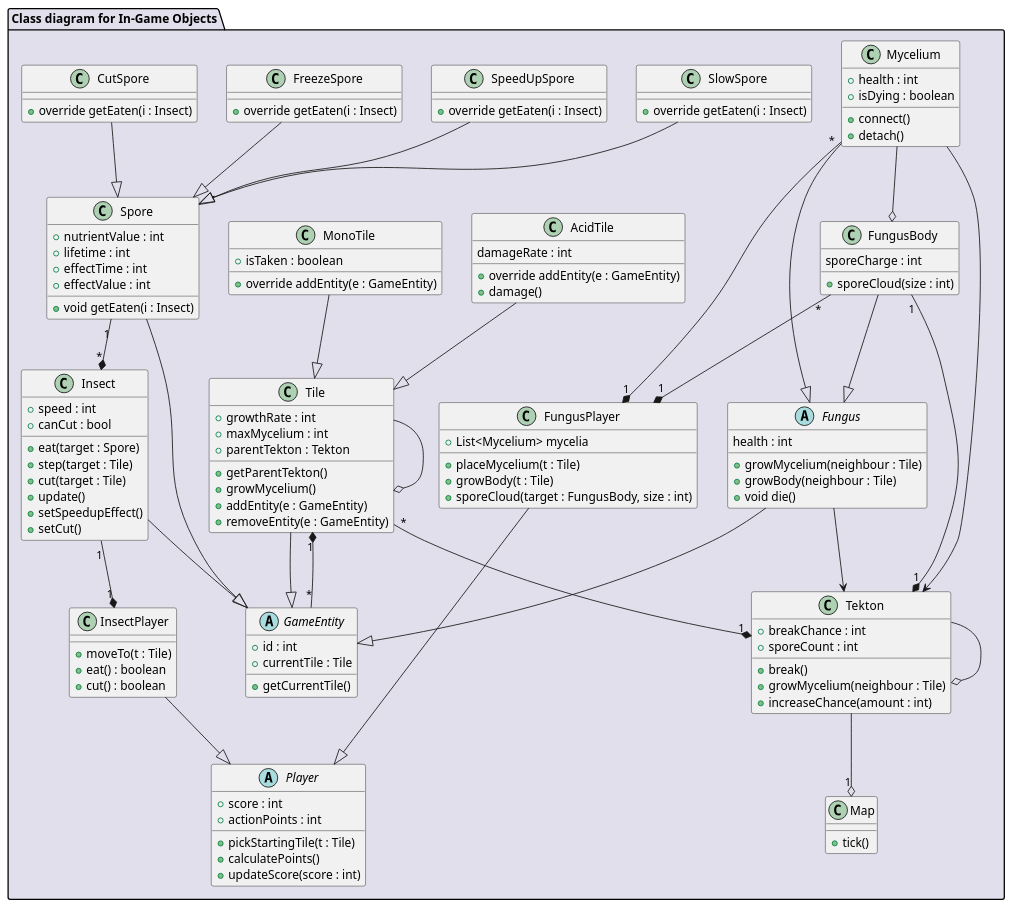
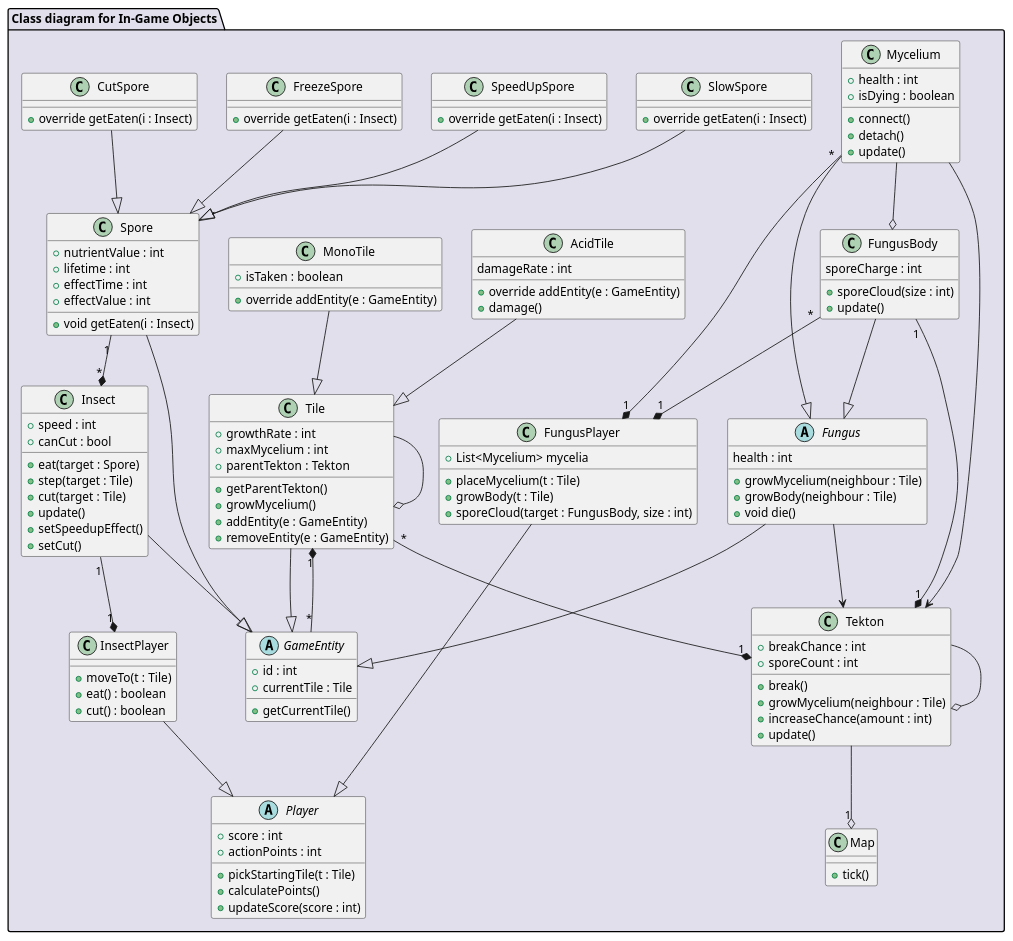
Before and after one commit to Harcipan/Projlab_nullpointerexception: the diagram in diagrams/diagramFiles/CD_InGameObjects.puml, drawn with PlantUML. The commit also changed 4 other files, not shown here.

```diff
--- a/diagrams/diagramFiles/CD_InGameObjects.puml
+++ b/diagrams/diagramFiles/CD_InGameObjects.puml
@@ -1,160 +1,163 @@
 @startuml CD_InGameObjects
 
 package "Class diagram for In-Game Objects" #E1DFEB {
     
     'world elements'
 
     class Map {
         + tick()
     }
 
     class Tekton {
         + breakChance : int
         + sporeCount : int
         + break()
         + growMycelium(neighbour : Tile)
         + increaseChance(amount : int)
+        + update()
     }
 
     class Tile {
         + growthRate : int
         + maxMycelium : int
         + parentTekton : Tekton
         + getParentTekton()
         +growMycelium()
         + addEntity(e : GameEntity)
         + removeEntity(e : GameEntity)
     }
 
     class MonoTile {
         + isTaken : boolean
         + override addEntity(e : GameEntity)
     }
 
     class AcidTile {
         damageRate : int
         + override addEntity(e : GameEntity)
         + damage()
     }
     'interactive elements'
 
     abstract class GameEntity {
         + id : int
         + currentTile : Tile
         + getCurrentTile()
     }
 
     class Mycelium {
         + health : int
         + isDying : boolean
         + connect()
         + detach()
+        +update()
     }
 
     class Spore {
         + nutrientValue : int
         + lifetime : int
         + effectTime : int
         + effectValue : int
         + void getEaten(i : Insect)
     }
 
     class SlowSpore {
         + override getEaten(i : Insect)
     }
 
     class SpeedUpSpore {
         + override getEaten(i : Insect)
     }
 
     class FreezeSpore {
         + override getEaten(i : Insect)
     }
 
     class CutSpore {
         + override getEaten(i : Insect)
     }
 
     'playable elements'
 
     abstract class Player {
         + score : int
         + actionPoints : int
         + pickStartingTile(t : Tile)
         + calculatePoints()
         + updateScore(score : int)
     }
 
 
     class FungusPlayer {
         + List<Mycelium> mycelia
         + placeMycelium(t : Tile)
         + growBody(t : Tile)
         + sporeCloud(target : FungusBody, size : int)
     }
 
     abstract class Fungus {
         health : int
         + growMycelium(neighbour : Tile)
         + growBody(neighbour : Tile)
         + void die()
     }
 
     class FungusBody {
         sporeCharge : int
         + sporeCloud(size : int)
+        + update()
     }
     
     class InsectPlayer {
         + moveTo(t : Tile)
         + eat() : boolean
         + cut() : boolean
     }
 
     class Insect {
         + speed : int
         + canCut : bool
         + eat(target : Spore)
         + step(target : Tile)
         + cut(target : Tile)
         + update()
         + setSpeedupEffect()
         + setCut()
     }
 
     'connections'
 
     Spore --|> GameEntity
     Fungus --|> GameEntity
     Insect --|> GameEntity
     Tile --|> GameEntity
 
     Mycelium --o FungusBody
     SlowSpore --|> Spore
     FreezeSpore --|> Spore
     SpeedUpSpore --|> Spore
     CutSpore --|> Spore
     Tekton --o "1" Map
     FungusBody "1" --* "1" Tekton
     Fungus --> Tekton
     Mycelium --> Tekton
     Tile "*" --* "1" Tekton
     MonoTile --|> Tile
     AcidTile --|> Tile
     
     Mycelium --|> Fungus
     FungusBody --|> Fungus
     GameEntity "*" --* "1" Tile
     Tile  --o  Tile
     Tekton --o Tekton
     FungusPlayer --|> Player
     Mycelium "*" --* "1" FungusPlayer
     InsectPlayer --|> Player
     Insect "1" --* "1" InsectPlayer
     FungusBody "*" --* "1" FungusPlayer
     Spore "1" --* "*" Insect
 
     
 }
 
 @enduml
```
